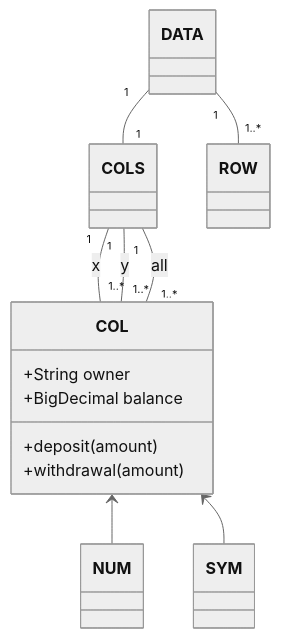
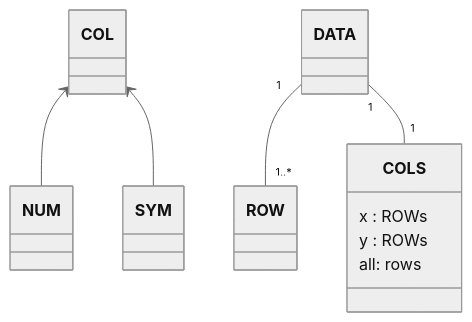
One commit to timm/tested changed the diagram in docs/onScript.md. Above: the diagram before and after it, drawn with Mermaid (neutral theme).

````diff
--- a/docs/onScript.md
+++ b/docs/onScript.md
@@ -158,16 +158,12 @@
 ```mermaid
 classDiagram
 COL <--  NUM
 COL <--  SYM
-COLS "1" -- "1..*" COL : x
-COLS "1" -- "1..*" COL : y
-COLS "1" -- "1..*" COL : all
 DATA "1" -- "1..*" ROW  
 DATA "1" -- "1" COLS 
-class COL{
-    +String owner
-    +BigDecimal balance
-    +deposit(amount)
-    +withdrawal(amount)
+class COLS {
+   x : ROWs
+   y : ROWs
+   all: rows
 }
 ```
````
